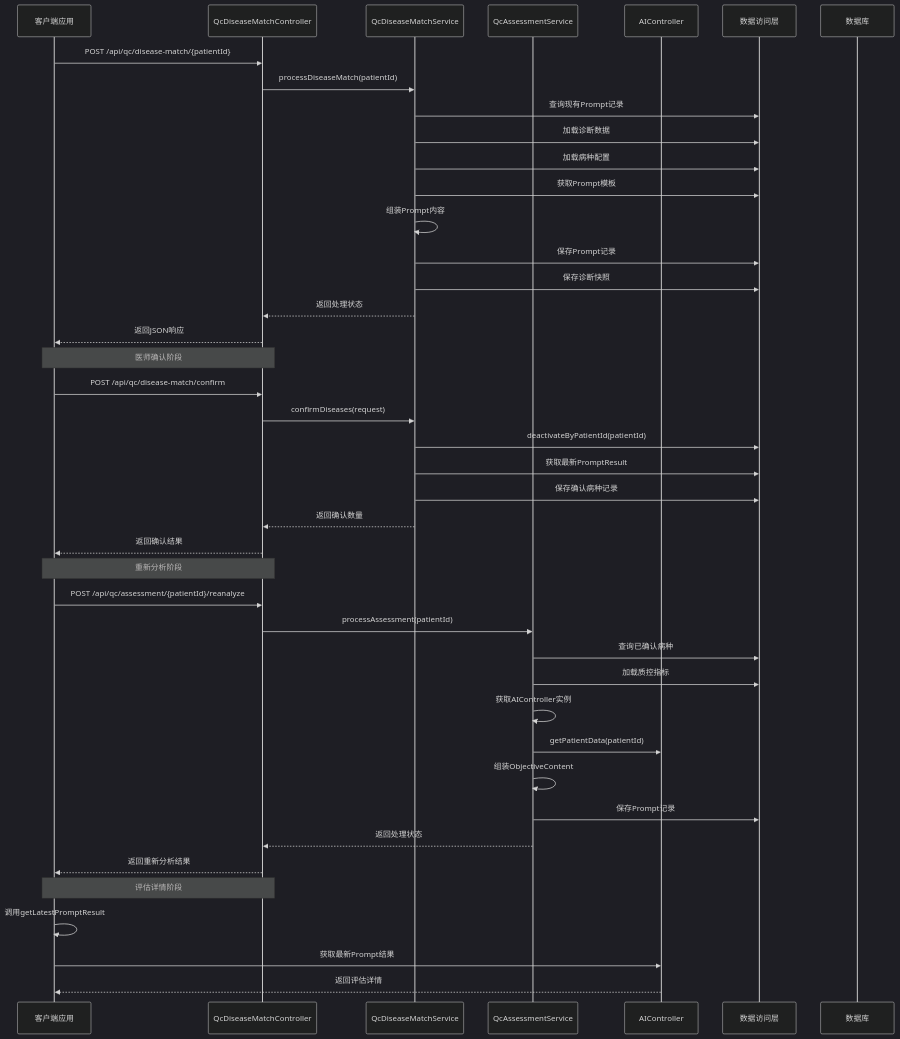
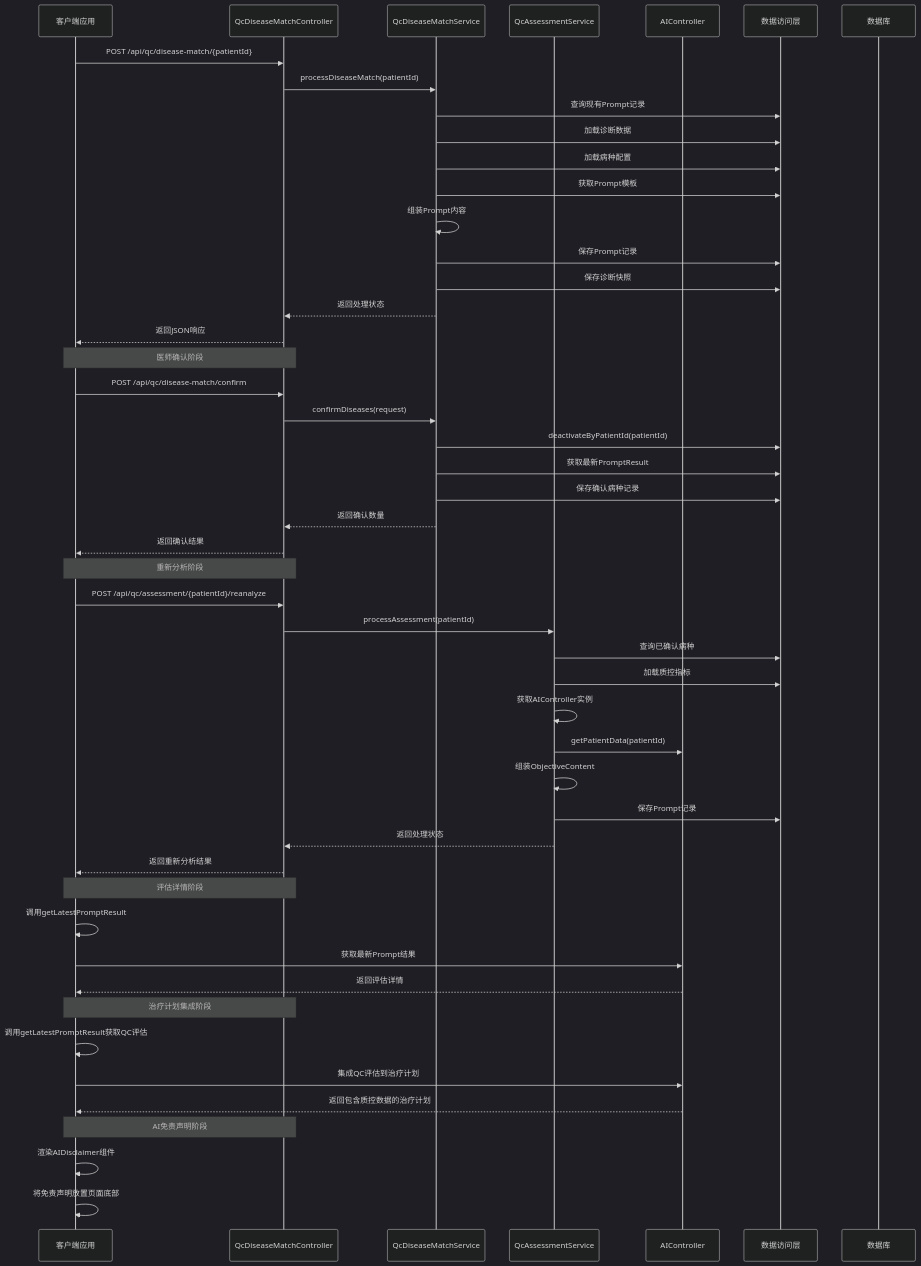
Before and after one commit to liuzh2008/med_ai_assistant_workspace: the second of 19 diagrams in .qoder/repowiki/zh/content/核心功能模块/质量控制系统.md, drawn with Mermaid (dark theme). The commit also changed other lines of this file and 9 other files, not shown here.

````diff
--- a/.qoder/repowiki/zh/content/核心功能模块/质量控制系统.md
+++ b/.qoder/repowiki/zh/content/核心功能模块/质量控制系统.md
@@ -164,44 +180,51 @@
 ```mermaid
 sequenceDiagram
 participant Client as 客户端应用
 participant Controller as QcDiseaseMatchController
 participant DiseaseService as QcDiseaseMatchService
 participant AssessmentService as QcAssessmentService
 participant AIController as AIController
 participant Repo as 数据访问层
 participant DB as 数据库
 Client->>Controller : POST /api/qc/disease-match/{patientId}
 Controller->>DiseaseService : processDiseaseMatch(patientId)
 DiseaseService->>Repo : 查询现有Prompt记录
 DiseaseService->>Repo : 加载诊断数据
 DiseaseService->>Repo : 加载病种配置
 DiseaseService->>Repo : 获取Prompt模板
 DiseaseService->>DiseaseService : 组装Prompt内容
 DiseaseService->>Repo : 保存Prompt记录
 DiseaseService->>Repo : 保存诊断快照
 DiseaseService-->>Controller : 返回处理状态
 Controller-->>Client : 返回JSON响应
 Note over Client,Controller : 医师确认阶段
 Client->>Controller : POST /api/qc/disease-match/confirm
 Controller->>DiseaseService : confirmDiseases(request)
 DiseaseService->>Repo : deactivateByPatientId(patientId)
 DiseaseService->>Repo : 获取最新PromptResult
 DiseaseService->>Repo : 保存确认病种记录
 DiseaseService-->>Controller : 返回确认数量
 Controller-->>Client : 返回确认结果
 Note over Client,Controller : 重新分析阶段
 Client->>Controller : POST /api/qc/assessment/{patientId}/reanalyze
 Controller->>AssessmentService : processAssessment(patientId)
 AssessmentService->>Repo : 查询已确认病种
 AssessmentService->>Repo : 加载质控指标
 AssessmentService->>AssessmentService : 获取AIController实例
 AssessmentService->>AIController : getPatientData(patientId)
 AssessmentService->>AssessmentService : 组装ObjectiveContent
 AssessmentService->>Repo : 保存Prompt记录
 AssessmentService-->>Controller : 返回处理状态
 Controller-->>Client : 返回重新分析结果
 Note over Client,Controller : 评估详情阶段
 Client->>Client : 调用getLatestPromptResult
 Client->>AIController : 获取最新Prompt结果
 AIController-->>Client : 返回评估详情
+Note over Client,Controller : 治疗计划集成阶段
+Client->>Client : 调用getLatestPromptResult获取QC评估
+Client->>AIController : 集成QC评估到治疗计划
+AIController-->>Client : 返回包含质控数据的治疗计划
+Note over Client,Controller : AI免责声明阶段
+Client->>Client : 渲染AIDisclaimer组件
+Client->>Client : 将免责声明放置页面底部
 ```
````
